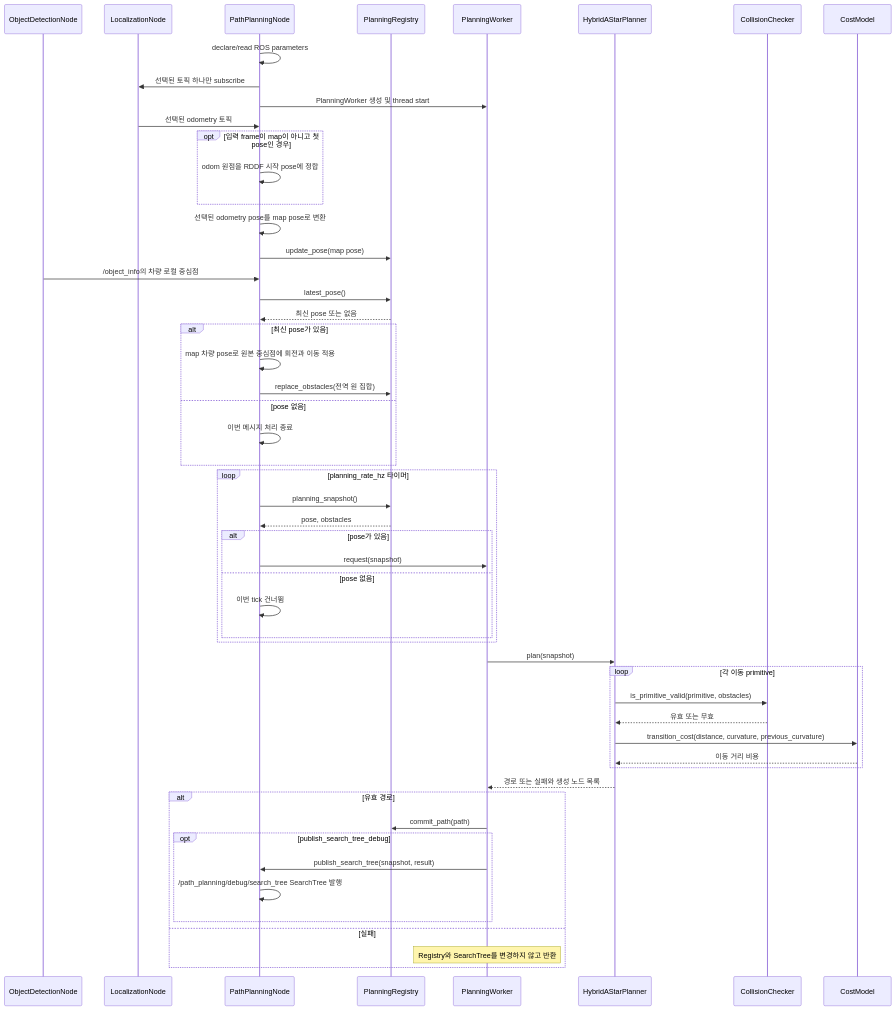
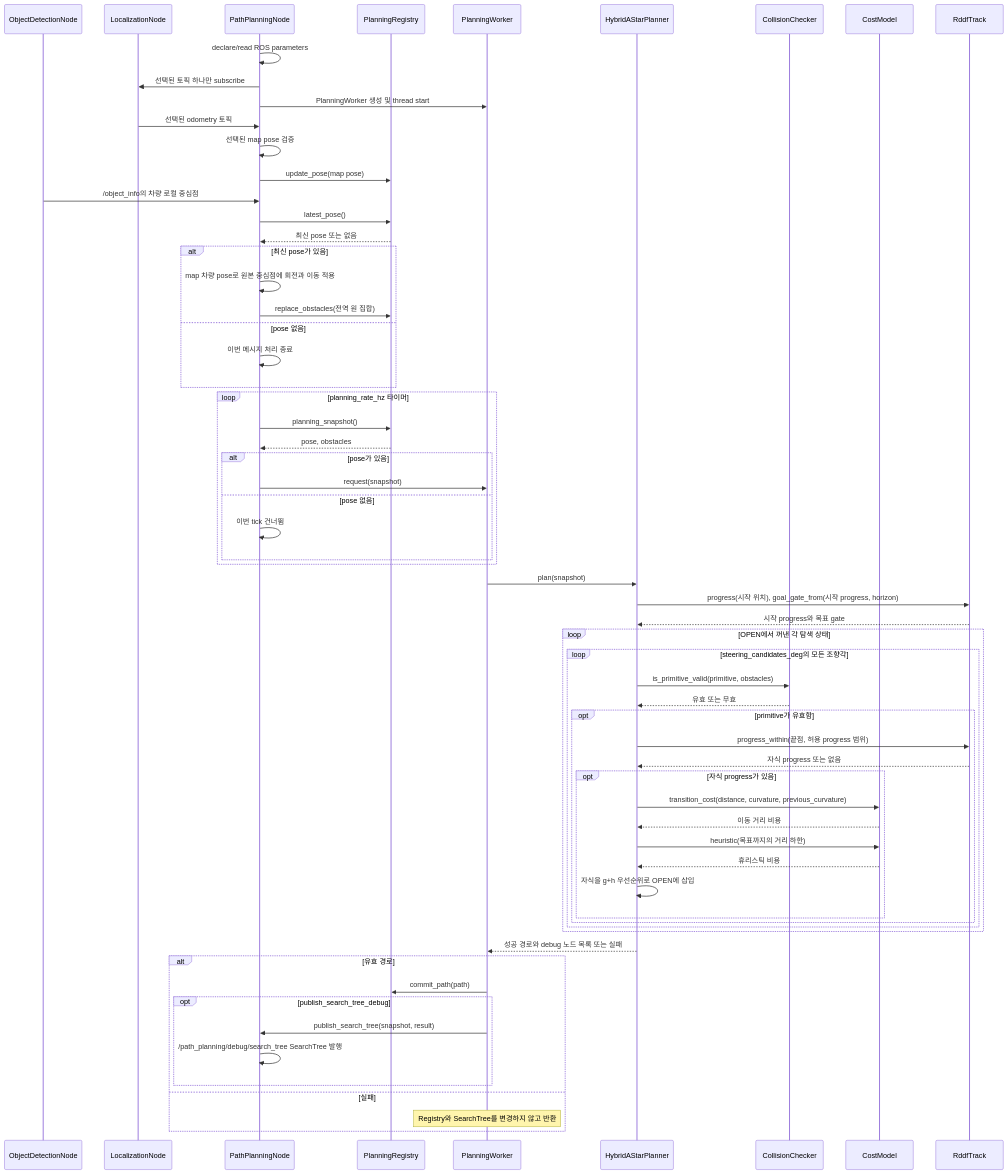
One commit to Team-Stier/AMET2026_coex_stier changed the second of 3 diagrams in src/path_planning/README.md. Above: the diagram before and after it, drawn with Mermaid. The commit also changed other lines of this file and 31 other files, not shown here.

````diff
--- a/src/path_planning/README.md
+++ b/src/path_planning/README.md
@@ -292,58 +283,69 @@
 ```mermaid
 sequenceDiagram
     participant OD as ObjectDetectionNode
     participant LOC as LocalizationNode
     participant N as PathPlanningNode
     participant REG as PlanningRegistry
     participant W as PlanningWorker
     participant HA as HybridAStarPlanner
     participant CC as CollisionChecker
     participant CM as CostModel
+    participant RT as RddfTrack
 
     N->>N: declare/read ROS parameters
     N->>LOC: 선택된 토픽 하나만 subscribe
     N->>W: PlanningWorker 생성 및 thread start
     LOC->>N: 선택된 odometry 토픽
-    opt 입력 frame이 map이 아니고 첫 pose인 경우
-        N->>N: odom 원점을 RDDF 시작 pose에 정합
-    end
-    N->>N: 선택된 odometry pose를 map pose로 변환
+    N->>N: 선택된 map pose 검증
     N->>REG: update_pose(map pose)
     OD->>N: /object_info의 차량 로컬 중심점
     N->>REG: latest_pose()
     REG-->>N: 최신 pose 또는 없음
     alt 최신 pose가 있음
         N->>N: map 차량 pose로 원본 중심점에 회전과 이동 적용
         N->>REG: replace_obstacles(전역 원 집합)
     else pose 없음
         N->>N: 이번 메시지 처리 종료
     end
 
     loop planning_rate_hz 타이머
         N->>REG: planning_snapshot()
         REG-->>N: pose, obstacles
         alt pose가 있음
             N->>W: request(snapshot)
         else pose 없음
             N->>N: 이번 tick 건너뜀
         end
     end
 
     W->>HA: plan(snapshot)
-    loop 각 이동 primitive
-        HA->>CC: is_primitive_valid(primitive, obstacles)
-        CC-->>HA: 유효 또는 무효
-        HA->>CM: transition_cost(distance, curvature, previous_curvature)
-        CM-->>HA: 이동 거리 비용
+    HA->>RT: progress(시작 위치), goal_gate_from(시작 progress, horizon)
+    RT-->>HA: 시작 progress와 목표 gate
+    loop OPEN에서 꺼낸 각 탐색 상태
+        loop steering_candidates_deg의 모든 조향각
+            HA->>CC: is_primitive_valid(primitive, obstacles)
+            CC-->>HA: 유효 또는 무효
+            opt primitive가 유효함
+                HA->>RT: progress_within(끝점, 허용 progress 범위)
+                RT-->>HA: 자식 progress 또는 없음
+                opt 자식 progress가 있음
+                    HA->>CM: transition_cost(distance, curvature, previous_curvature)
+                    CM-->>HA: 이동 거리 비용
+                    HA->>CM: heuristic(목표까지의 거리 하한)
+                    CM-->>HA: 휴리스틱 비용
+                    HA->>HA: 자식을 g+h 우선순위로 OPEN에 삽입
+                end
+            end
+        end
     end
-    HA-->>W: 경로 또는 실패와 생성 노드 목록
+    HA-->>W: 성공 경로와 debug 노드 목록 또는 실패
     alt 유효 경로
         W->>REG: commit_path(path)
         opt publish_search_tree_debug
             W->>N: publish_search_tree(snapshot, result)
             N->>N: /path_planning/debug/search_tree SearchTree 발행
         end
     else 실패
         Note over W: Registry와 SearchTree를 변경하지 않고 반환
     end
 ```
````
